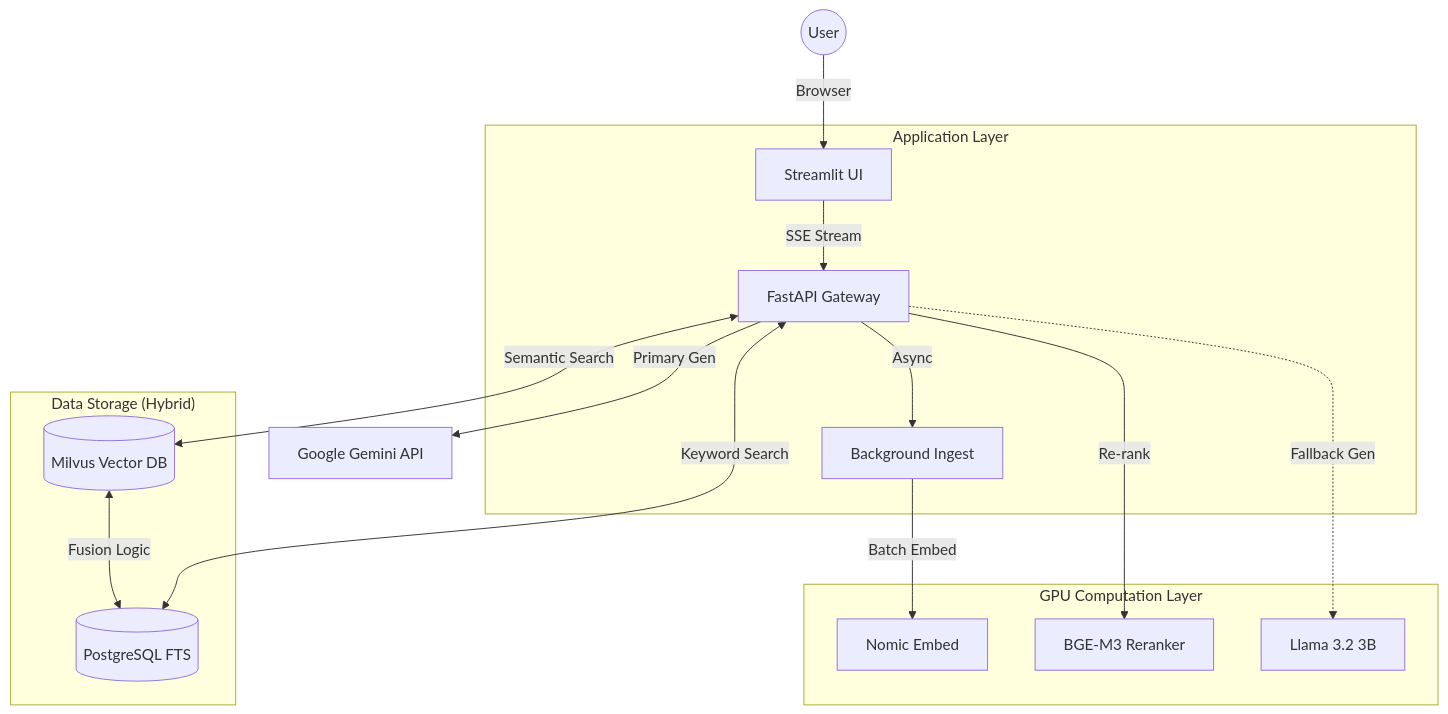
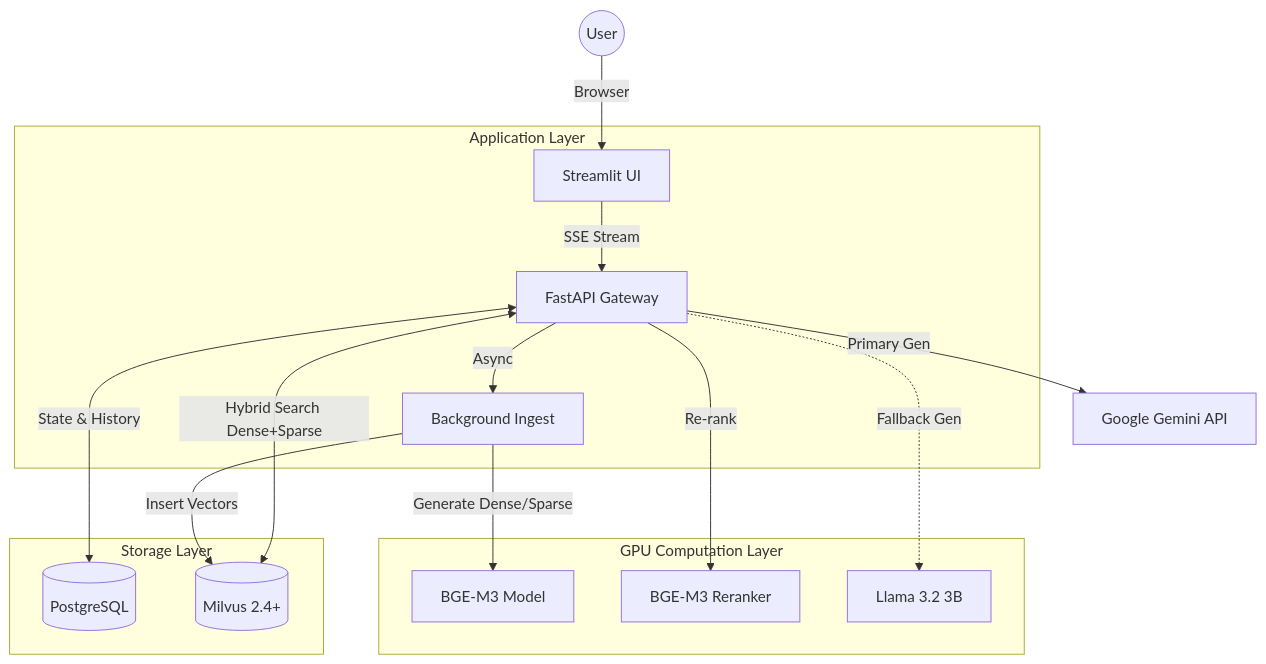
Before and after one commit to ducanhMU/RAGHouse: the first of 8 diagrams in DESIGN.md, drawn with Mermaid. The commit also changed other lines of this file, not shown here.

````diff
--- a/DESIGN.md
+++ b/DESIGN.md
@@ -26,23 +20,23 @@
 ```mermaid
 graph TD
     User((User)) -->|Browser| UI[Streamlit UI]
     
     subgraph "Application Layer"
         UI -->|SSE Stream| API[FastAPI Gateway]
         API -->|Async| Worker[Background Ingest]
     end
 
-    subgraph "Data Storage (Hybrid)"
-        API <-->|Semantic Search| Milvus[(Milvus Vector DB)]
-        API <-->|Keyword Search| PG[(PostgreSQL FTS)]
-        Milvus <-->|Fusion Logic| PG
+    subgraph "Storage Layer"
+        API <-->|State & History| PG[(PostgreSQL)]
+        API <-->|Hybrid Search Dense+Sparse| Milvus[(Milvus 2.4+)]
+        Worker -->|Insert Vectors| Milvus
     end
 
     subgraph "GPU Computation Layer"
-        Worker -->|Batch Embed| Embed_Model[Nomic Embed]
+        Worker -->|Generate Dense/Sparse| Embed_Model[BGE-M3 Model]
         API -->|Re-rank| Rerank_Model[BGE-M3 Reranker]
         API -.->|Fallback Gen| Local_LLM[Llama 3.2 3B]
     end
 
     API -->|Primary Gen| Cloud_LLM[Google Gemini API]
 ```
````
